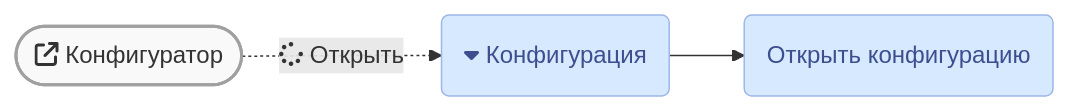
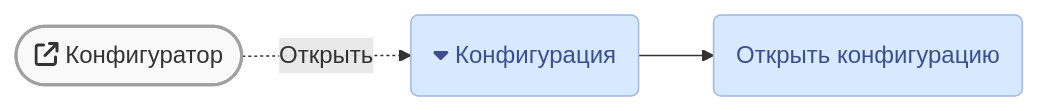
The second of 3 diagrams in faq/crash/main-white-window.md (lugovoe/manual), drawn with Mermaid before and after one commit. The commit also changed other lines of this file, not shown here.

````diff
--- a/faq/crash/main-white-window.md
+++ b/faq/crash/main-white-window.md
@@ -33,10 +33,10 @@
 ``` mermaid
 graph LR
-  b1([fa:fa-external-link Конфигуратор]) -.-> |"fa:fa-spinner Открыть"| m1
+  b1([fa:fa-external-link Конфигуратор]) -.-> |Открыть| m1
   m1(fa:fa-caret-down Конфигурация) --> m2
   m2(Открыть конфигурацию)
   classDef button fill:#f9f9f9,stroke:#a0a0a0,stroke-width:2px
   classDef confmenu fill:#d6e9ff,stroke:#9eb6e9,stroke-width:1px,color:#3d4e8f
   class b1 button
   class m1,m2 confmenu
 ```
````
